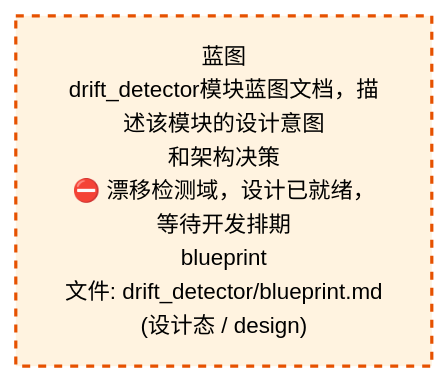
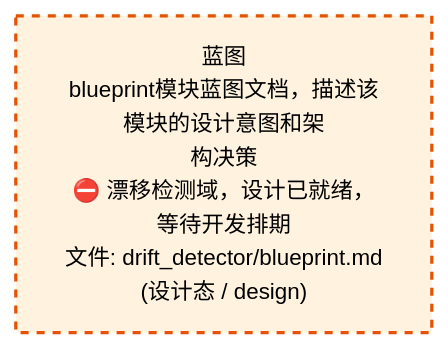
One commit to xuanFelixVan/ZephyrAlpha changed the third of 4 diagrams in docs/02_enterprise_architecture/02_domain_architecture_docs/52_d_gov_drift.md. Above: the diagram before and after it, drawn with Mermaid. The commit also changed other lines of this file and 58 other files, not shown here.

````diff
--- a/docs/02_enterprise_architecture/02_domain_architecture_docs/52_d_gov_drift.md
+++ b/docs/02_enterprise_architecture/02_domain_architecture_docs/52_d_gov_drift.md
@@ -457,10 +457,10 @@
 ```mermaid
 %%{init: {'theme': 'base', 'themeVariables': {'primaryColor': '#eaeaea', 'primaryTextColor': '#333333', 'primaryBorderColor': '#666666', 'lineColor': '#666666', 'secondaryColor': '#eaeaea', 'tertiaryColor': '#eaeaea', 'fontSize': '14px'}}}%%
 flowchart TD
-    docs_03_modules_domain_governance_drift_detector_blueprint_md["蓝图<br/>drift_detector模块蓝图文档，描述该模块的设计意图<br/>和架构决策<br/>⛔ 漂移检测域，设计已就绪，等待开发排期<br/>blueprint<br/>文件: drift_detector/blueprint.md<br/>(设计态 / design)"]
+    docs_03_modules_domain_governance_drift_detector_blueprint_md["蓝图<br/>blueprint模块蓝图文档，描述该模块的设计意图和架<br/>构决策<br/>⛔ 漂移检测域，设计已就绪，等待开发排期<br/>文件: drift_detector/blueprint.md<br/>(设计态 / design)"]
     classDef production fill:#e1f5fe,stroke:#01579b,stroke-width:2px,color:#000
     classDef design fill:#fff3e0,stroke:#e65100,stroke-width:2px,color:#000,stroke-dasharray: 5 5
     classDef external_prod fill:#e8f4fd,stroke:#0277bd,stroke-width:1px,color:#000
     classDef external_design fill:#fff8e7,stroke:#ef6c00,stroke-width:1px,color:#000,stroke-dasharray: 5 5
     class docs_03_modules_domain_governance_drift_detector_blueprint_md design
 ```
````
